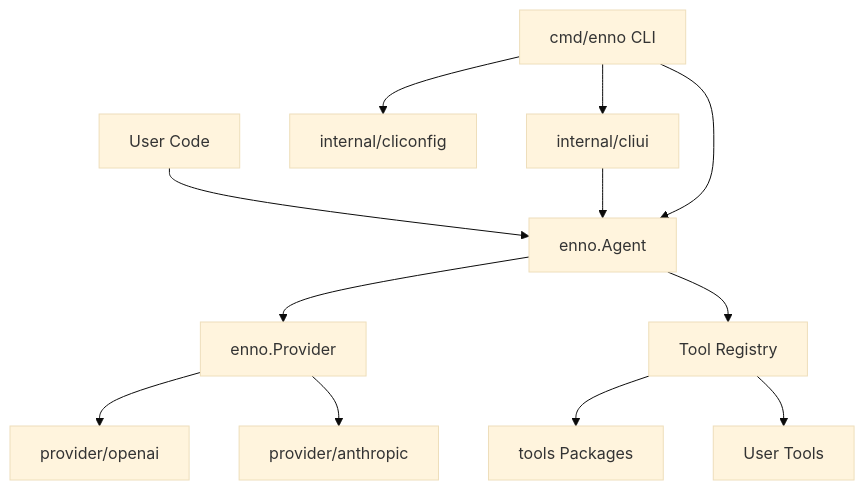
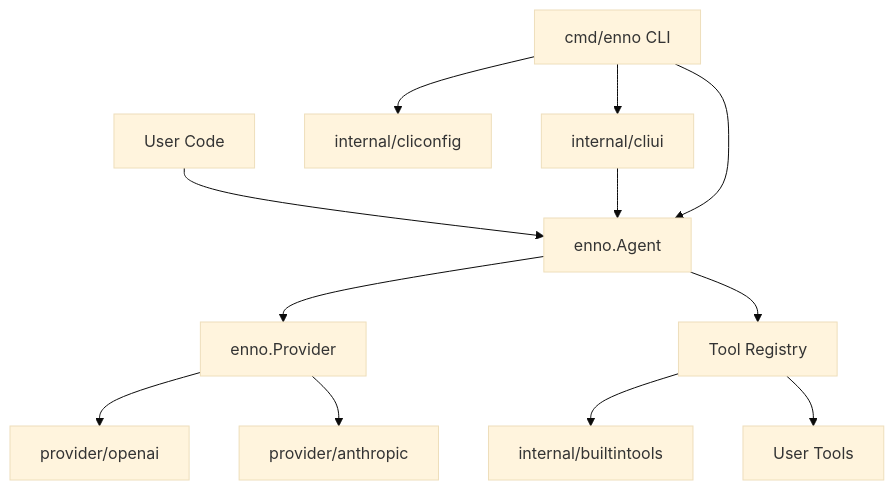
One commit to dean2021/enno changed the diagram in docs/design.md. Above: the diagram before and after it, drawn with Mermaid (base theme). The commit also changed other lines of this file and 15 other files, not shown here.

````diff
--- a/docs/design.md
+++ b/docs/design.md
@@ -149,14 +151,14 @@
 ```mermaid
 flowchart TD
     userCode[User Code] --> agent[enno.Agent]
     cli[cmd/enno CLI] --> cliConfig[internal/cliconfig]
     cli --> cliUI[internal/cliui]
     cliUI --> agent
     cli --> agent
     agent --> providerIface[enno.Provider]
     providerIface --> openaiProvider[provider/openai]
     providerIface --> anthropicProvider[provider/anthropic]
     agent --> toolRegistry[Tool Registry]
-    toolRegistry --> builtinTools[tools Packages]
+    toolRegistry --> builtinTools[internal/builtintools]
     toolRegistry --> customTools[User Tools]
 ```
````
